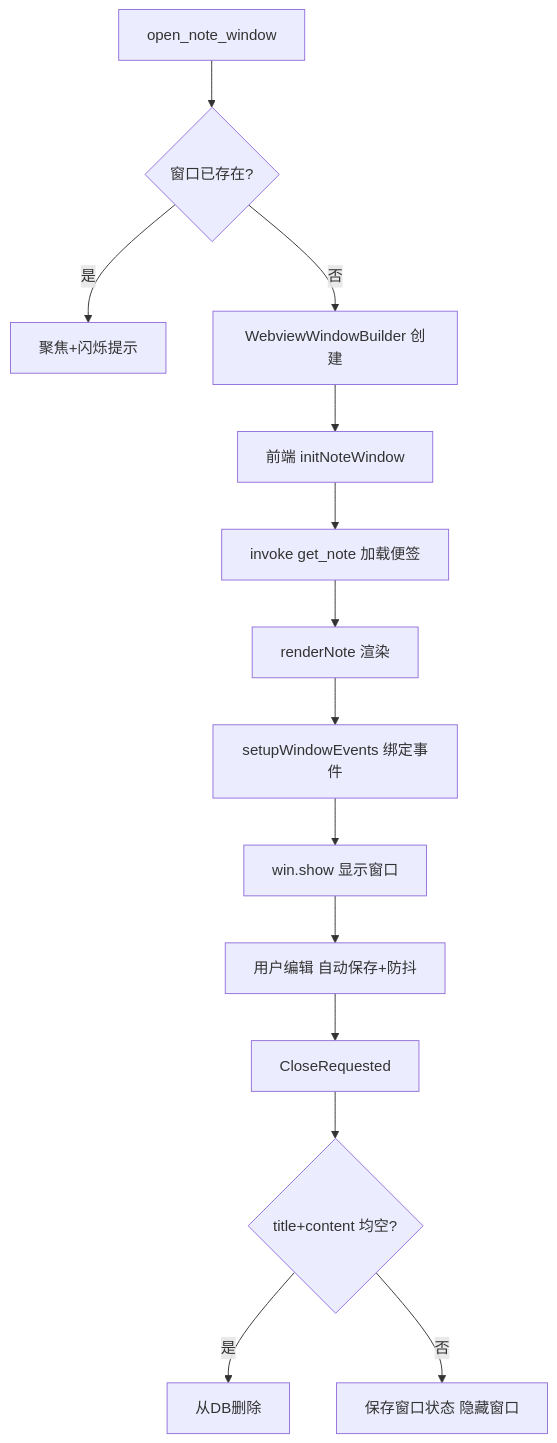
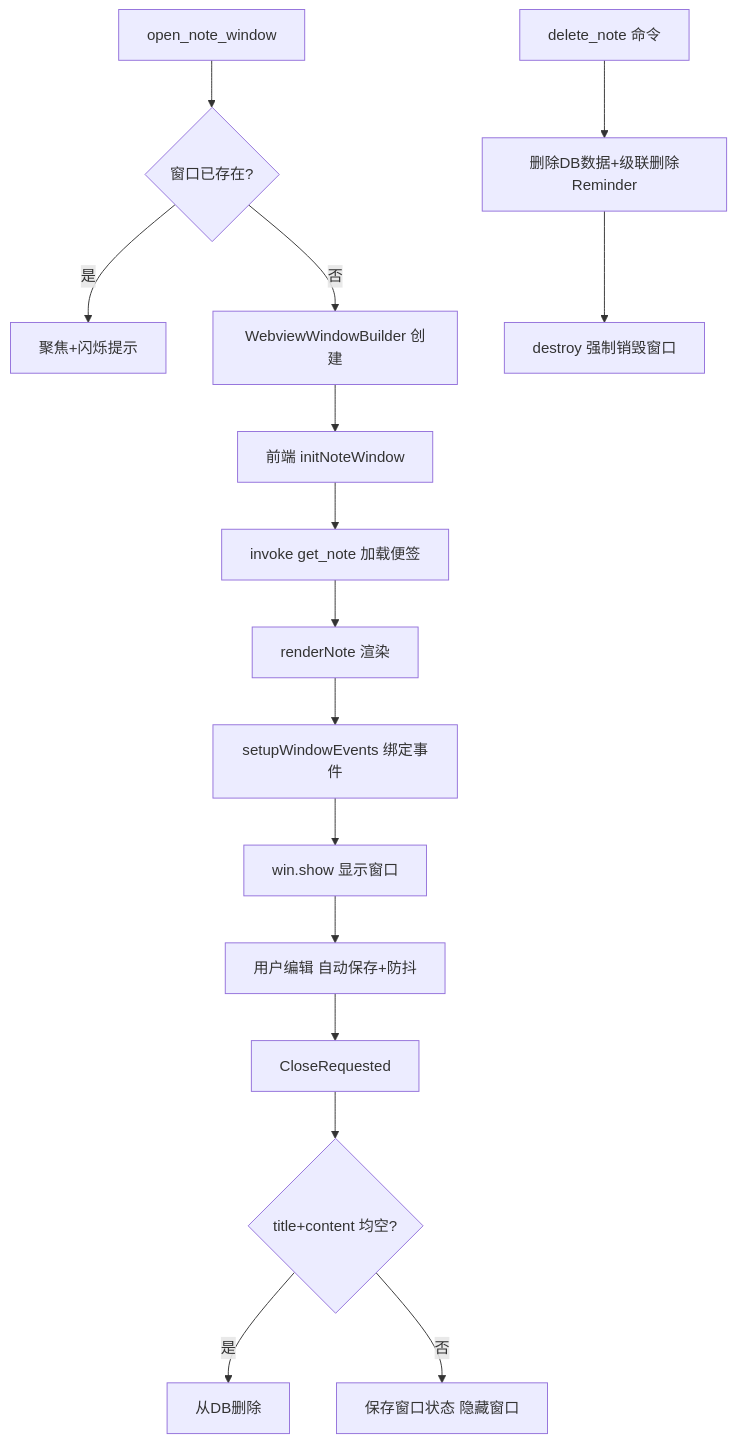
Before and after one commit to Tonys-L/Tie: the third of 4 diagrams in docs/knowledge-base/flows.md, drawn with Mermaid. The commit also changed other lines of this file and 10 other files, not shown here.

````diff
--- a/docs/knowledge-base/flows.md
+++ b/docs/knowledge-base/flows.md
@@ -81,16 +88,18 @@
 ```mermaid
 flowchart TD
     A[open_note_window] --> B{窗口已存在?}
     B -->|是| C[聚焦+闪烁提示]
     B -->|否| D[WebviewWindowBuilder 创建]
     D --> E[前端 initNoteWindow]
     E --> F[invoke get_note 加载便签]
     F --> G[renderNote 渲染]
     G --> H[setupWindowEvents 绑定事件]
     H --> I[win.show 显示窗口]
     I --> J[用户编辑 自动保存+防抖]
     J --> K[CloseRequested]
     K --> L{title+content 均空?}
     L -->|是| M[从DB删除]
     L -->|否| N[保存窗口状态 隐藏窗口]
+    O[delete_note 命令] --> P[删除DB数据+级联删除Reminder]
+    P --> Q[destroy 强制销毁窗口]
 ```
````
